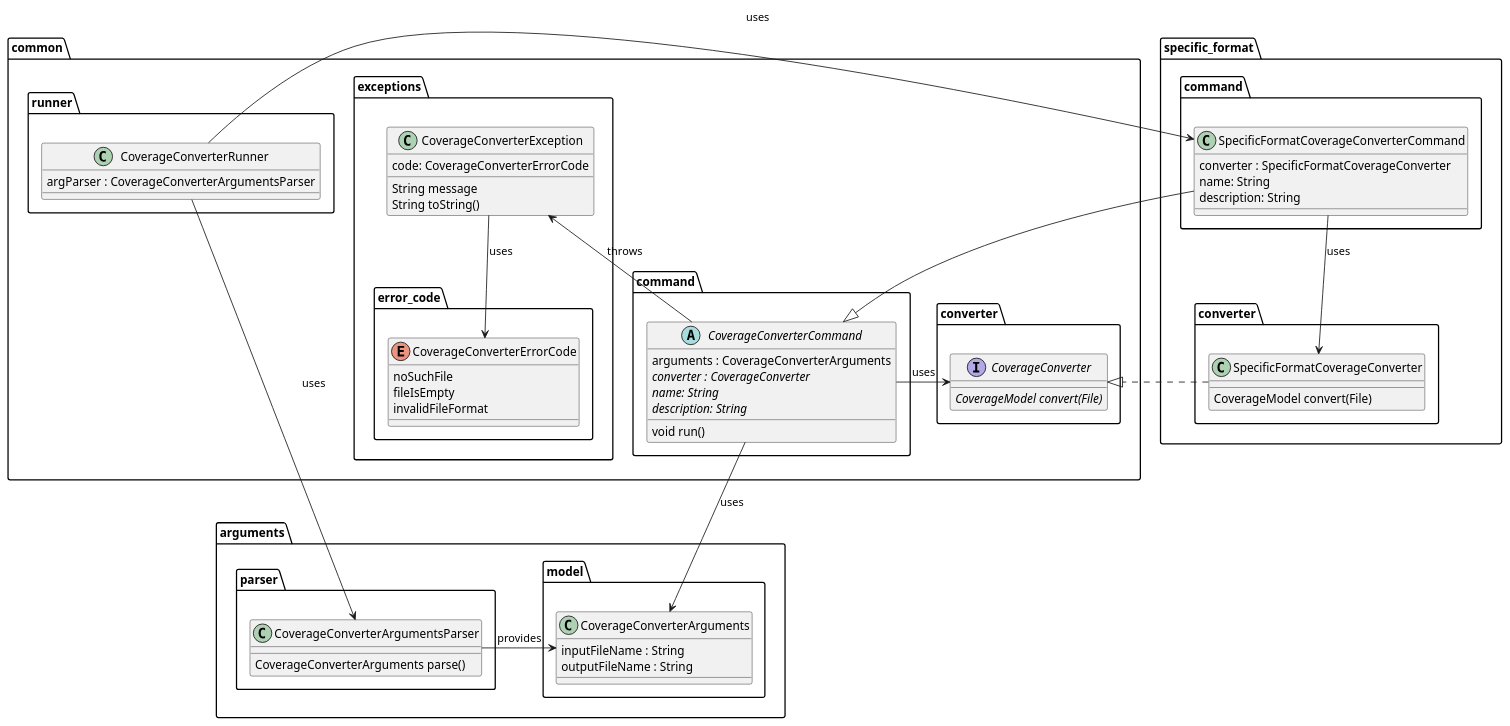
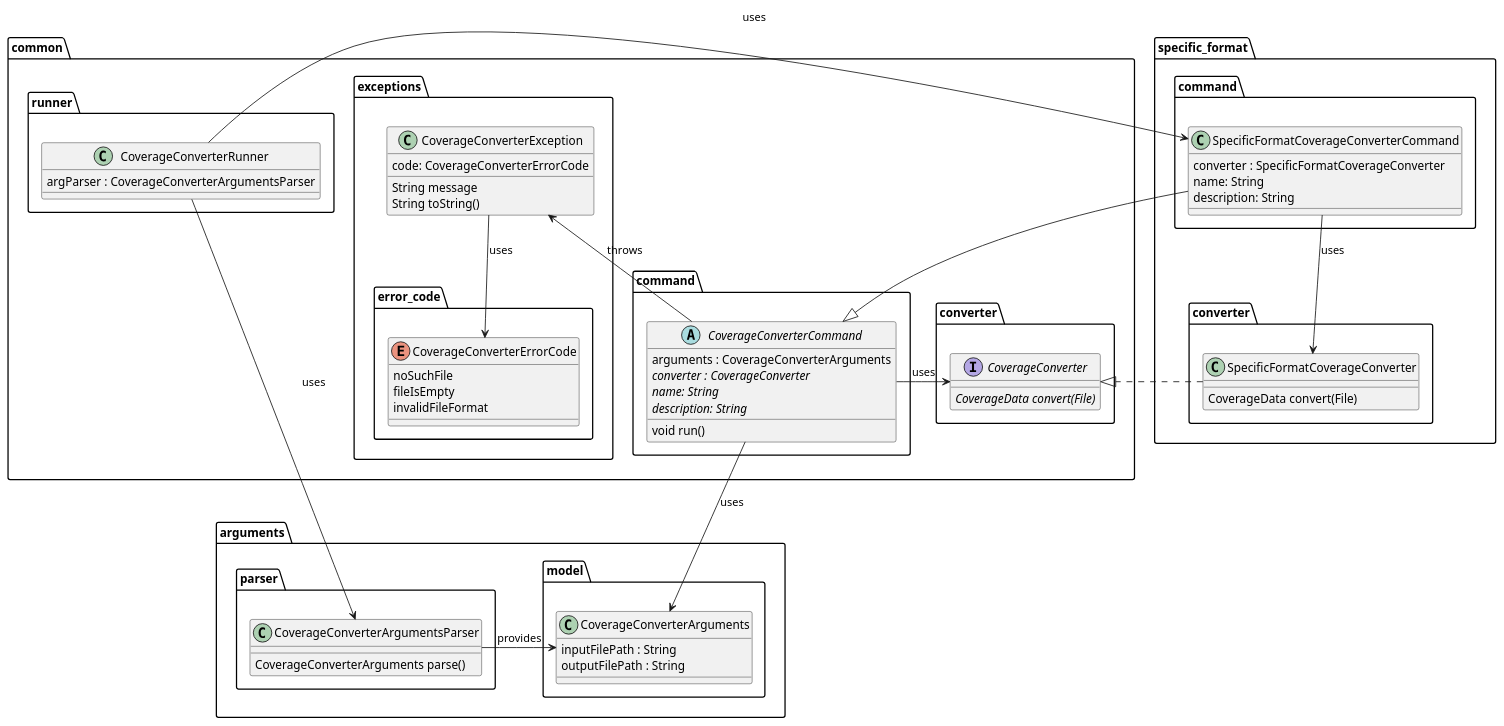
Before and after one commit to Flank/flank-dashboard: the diagram in metrics/coverage_converter/docs/diagrams/coverage_class_diagram.puml, drawn with PlantUML. The commit also changed 5 other files, not shown here.

Commit message:
Rename CoverageModel to CoverageData and fix typo

```diff
--- a/metrics/coverage_converter/docs/diagrams/coverage_class_diagram.puml
+++ b/metrics/coverage_converter/docs/diagrams/coverage_class_diagram.puml
@@ -1,95 +1,95 @@
 @startuml coverage_class_diagram
 
 package arguments {
     package model {
         class CoverageConverterArguments {
-            inputFileName : String
-            outputFileName : String
+            inputFilePath : String
+            outputFilePath : String
         }
     }
 
     package parser {
         class CoverageConverterArgumentsParser {
             CoverageConverterArguments parse()
         }
     }
 }
 
 package common {
     package command {
         abstract CoverageConverterCommand {
             arguments : CoverageConverterArguments
             {abstract} converter : CoverageConverter
             {abstract} name: String
             {abstract} description: String
             void run()
         }
     }
 
     package converter {
         interface CoverageConverter {
-            {abstract} CoverageModel convert(File)
+            {abstract} CoverageData convert(File)
         }
     }
 
 
     package runner {
         class CoverageConverterRunner {
             argParser : CoverageConverterArgumentsParser
         }
     }
 
     package exceptions {
         class CoverageConverterException{
             code: CoverageConverterErrorCode
             {method} String message
             String toString()
         }
 
 
         package error_code {
             enum CoverageConverterErrorCode {
                 noSuchFile
                 fileIsEmpty
                 invalidFileFormat
             }
         }
     }
 }
 
 package specific_format {
     package converter as specific_format.converter {
         class SpecificFormatCoverageConverter {
-            CoverageModel convert(File)
+            CoverageData convert(File)
         }
     }
 
     package command as specific_format.command {
         class SpecificFormatCoverageConverterCommand {
             converter : SpecificFormatCoverageConverter
             name: String
             description: String
         }
     }
 }
 
 
 CoverageConverterRunner -right-> SpecificFormatCoverageConverterCommand : uses
 CoverageConverterRunner --> CoverageConverterArgumentsParser : uses
 
 CoverageConverterArgumentsParser -left-> CoverageConverterArguments : provides
 
 SpecificFormatCoverageConverterCommand --> SpecificFormatCoverageConverter : uses
 SpecificFormatCoverageConverterCommand --|> CoverageConverterCommand
 
 SpecificFormatCoverageConverter .down.|> CoverageConverter
 
 CoverageConverterCommand --> CoverageConverterArguments : uses
 CoverageConverterCommand -left-> CoverageConverter : uses
 CoverageConverterCommand -up-> CoverageConverterException : throws
 
 CoverageConverterException --> CoverageConverterErrorCode : uses
 
 
 
 @enduml
```
